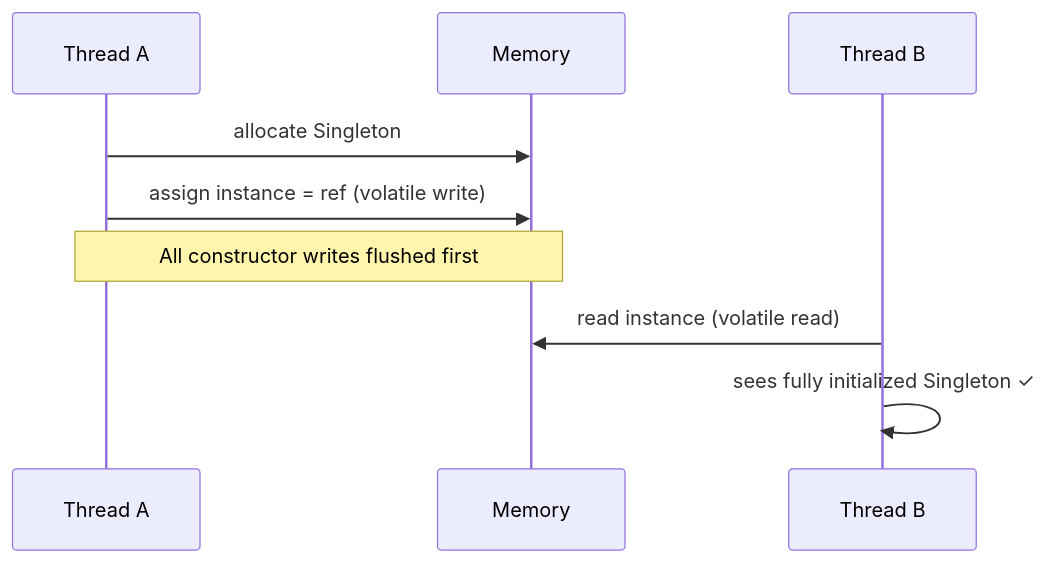
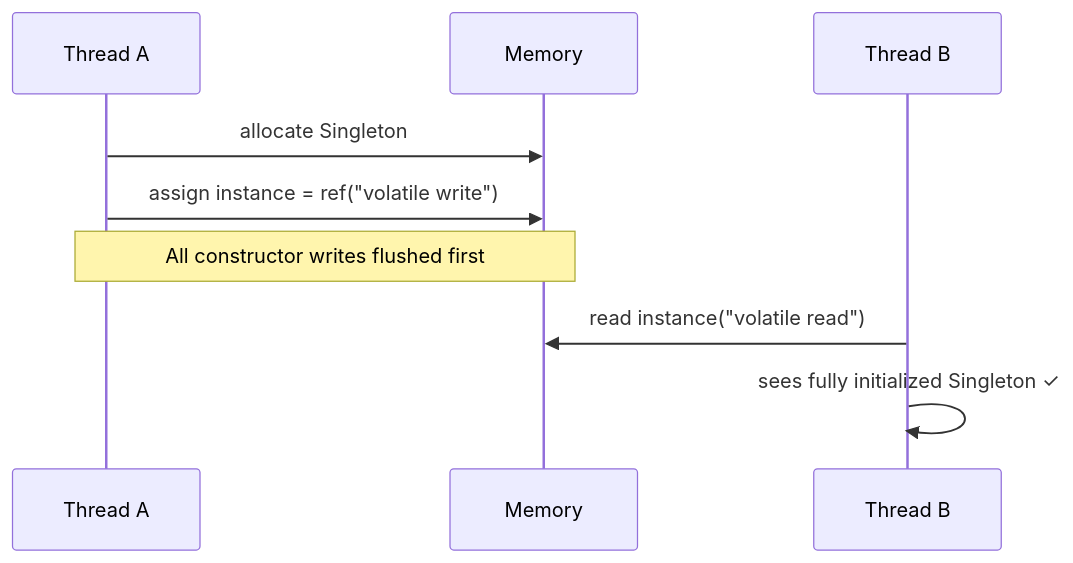
Before and after one commit to pploc/swe-icon-the-moment: the diagram in content/questions/fundamentals/double-checked-locking.md, drawn with Mermaid. The commit also changed 167 other files, not shown here.

````diff
--- a/content/questions/fundamentals/double-checked-locking.md
+++ b/content/questions/fundamentals/double-checked-locking.md
@@ -68,11 +68,12 @@
 ```mermaid
 sequenceDiagram
     participant A as Thread A
     participant M as Memory
     participant B as Thread B
     A->>M: allocate Singleton
-    A->>M: assign instance = ref (volatile write)
+    A->>M: assign instance = ref("volatile write")
     Note over A,M: All constructor writes flushed first
-    B->>M: read instance (volatile read)
+    B->>M: read instance("volatile read")
     B->>B: sees fully initialized Singleton ✓
+
 ```
````
